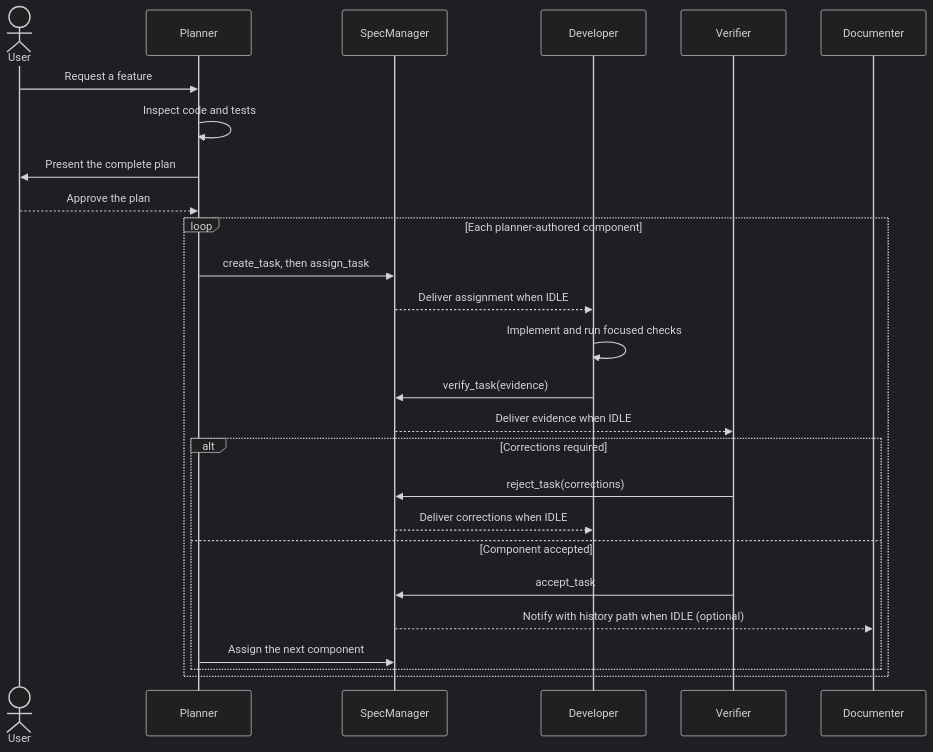
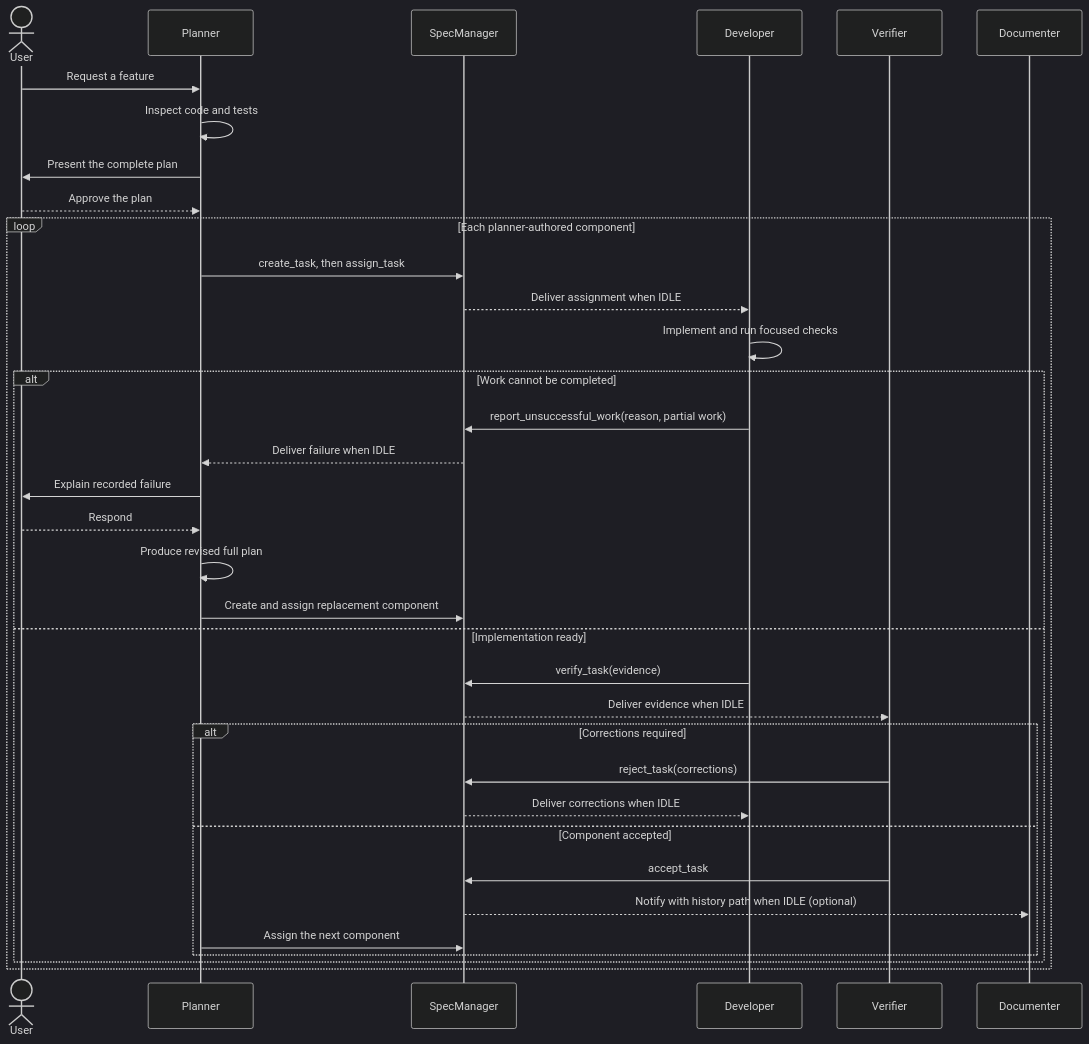
Before and after one commit to nullspace1/pairo-loops: the diagram in example/SPEC_MANAGER_WORKFLOW.md, drawn with Mermaid (dark theme). The commit also changed other lines of this file and 7 other files, not shown here.

Commit message:
feat(spec_manager): implement unsuccessful work reporting and replanning process

````diff
--- a/example/SPEC_MANAGER_WORKFLOW.md
+++ b/example/SPEC_MANAGER_WORKFLOW.md
@@ -27,29 +27,38 @@
 ```mermaid
 sequenceDiagram
     actor User
     participant Planner
     participant SpecManager
     participant Developer
     participant Verifier
     participant Documenter
 
     User->>Planner: Request a feature
     Planner->>Planner: Inspect code and tests
     Planner->>User: Present the complete plan
     User-->>Planner: Approve the plan
     loop Each planner-authored component
         Planner->>SpecManager: create_task, then assign_task
         SpecManager-->>Developer: Deliver assignment when IDLE
         Developer->>Developer: Implement and run focused checks
-        Developer->>SpecManager: verify_task(evidence)
-        SpecManager-->>Verifier: Deliver evidence when IDLE
-        alt Corrections required
-            Verifier->>SpecManager: reject_task(corrections)
-            SpecManager-->>Developer: Deliver corrections when IDLE
-        else Component accepted
-            Verifier->>SpecManager: accept_task
-            SpecManager-->>Documenter: Notify with history path when IDLE (optional)
-            Planner->>SpecManager: Assign the next component
+        alt Work cannot be completed
+            Developer->>SpecManager: report_unsuccessful_work(reason, partial work)
+            SpecManager-->>Planner: Deliver failure when IDLE
+            Planner->>User: Explain recorded failure
+            User-->>Planner: Respond
+            Planner->>Planner: Produce revised full plan
+            Planner->>SpecManager: Create and assign replacement component
+        else Implementation ready
+            Developer->>SpecManager: verify_task(evidence)
+            SpecManager-->>Verifier: Deliver evidence when IDLE
+            alt Corrections required
+                Verifier->>SpecManager: reject_task(corrections)
+                SpecManager-->>Developer: Deliver corrections when IDLE
+            else Component accepted
+                Verifier->>SpecManager: accept_task
+                SpecManager-->>Documenter: Notify with history path when IDLE (optional)
+                Planner->>SpecManager: Assign the next component
+            end
         end
     end
 ```
````
